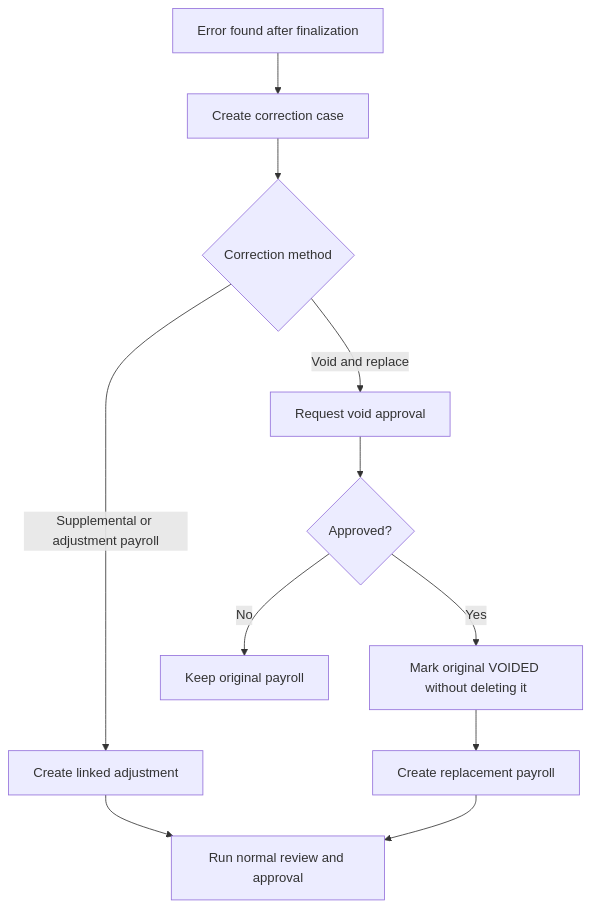
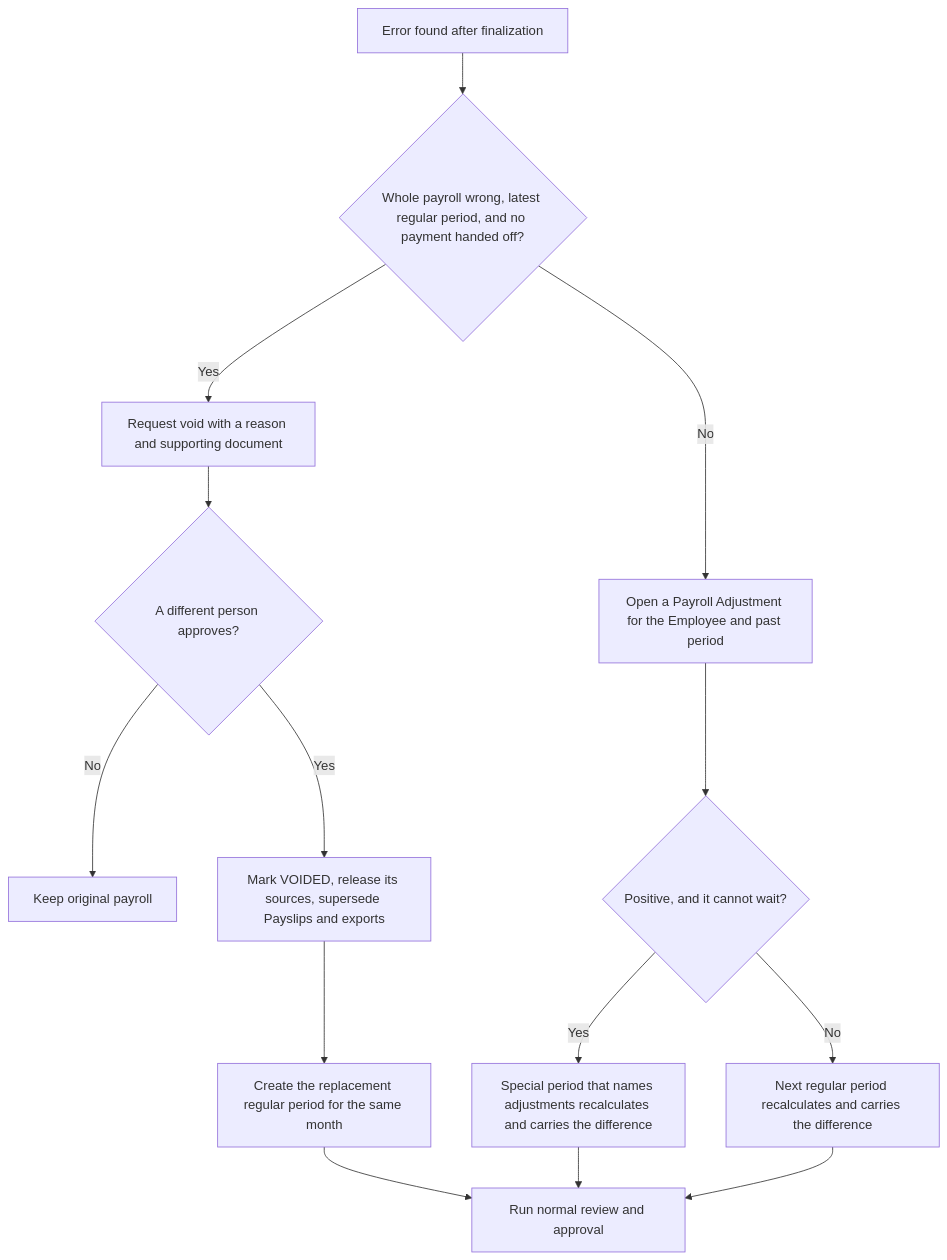
Diagram 16 of 19 in docs/mvp-workflows.md (systemeror12/lingkod-hr), drawn with Mermaid before and after one commit. The commit also changed other lines of this file and 9 other files, not shown here.

First line of the commit message:
Decide the payroll review, segregation, correction, and payslip contracts (#330)

````diff
--- a/docs/mvp-workflows.md
+++ b/docs/mvp-workflows.md
@@ -679,13 +697,16 @@
 ```mermaid
 flowchart TD
-    A[Error found after finalization] --> B[Create correction case]
-    B --> C{Correction method}
-    C -- Supplemental or adjustment payroll --> D[Create linked adjustment]
-    C -- Void and replace --> E[Request void approval]
-    E --> F{Approved?}
-    F -- No --> G[Keep original payroll]
-    F -- Yes --> H[Mark original VOIDED without deleting it]
-    H --> I[Create replacement payroll]
-    D --> J[Run normal review and approval]
-    I --> J
+    A[Error found after finalization] --> B{Whole payroll wrong, latest regular period, and no payment handed off?}
+    B -- Yes --> C[Request void with a reason and supporting document]
+    C --> D{A different person approves?}
+    D -- No --> E[Keep original payroll]
+    D -- Yes --> F[Mark VOIDED, release its sources, supersede Payslips and exports]
+    F --> G[Create the replacement regular period for the same month]
+    B -- No --> H[Open a Payroll Adjustment for the Employee and past period]
+    H --> I{Positive, and it cannot wait?}
+    I -- Yes --> J[Special period that names adjustments recalculates and carries the difference]
+    I -- No --> K[Next regular period recalculates and carries the difference]
+    G --> L[Run normal review and approval]
+    J --> L
+    K --> L
 ```
````
